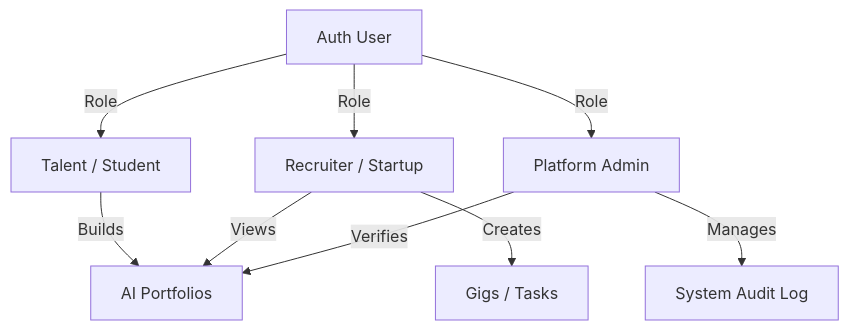
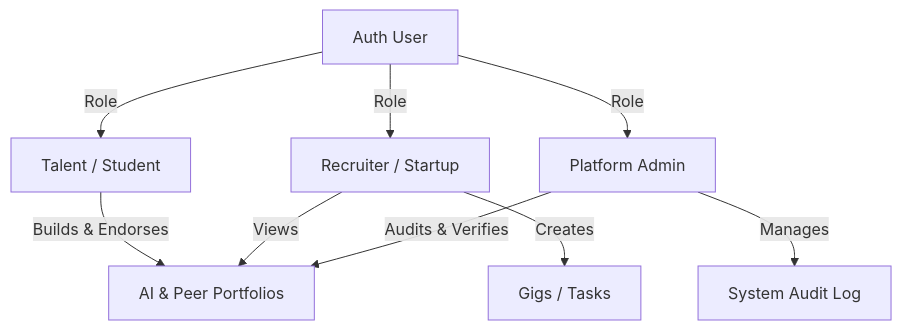
Before and after one commit to BorderlineHQ/borderline-app: the diagram in docs/technical_architecture.md, drawn with Mermaid. The commit also changed other lines of this file and 10 other files, not shown here.

````diff
--- a/docs/technical_architecture.md
+++ b/docs/technical_architecture.md
@@ -45,12 +45,12 @@
 ```mermaid
 graph TD
     User[Auth User] -->|Role| Talent[Talent / Student]
     User -->|Role| Recruiter[Recruiter / Startup]
     User -->|Role| Admin[Platform Admin]
     
-    Talent -->|Builds| Portfolios[AI Portfolios]
+    Talent -->|Builds & Endorses| Portfolios[AI & Peer Portfolios]
     Recruiter -->|Views| Portfolios
     Recruiter -->|Creates| Gigs[Gigs / Tasks]
-    Admin -->|Verifies| Portfolios
+    Admin -->|Audits & Verifies| Portfolios
     Admin -->|Manages| System[System Audit Log]
 ```
````
